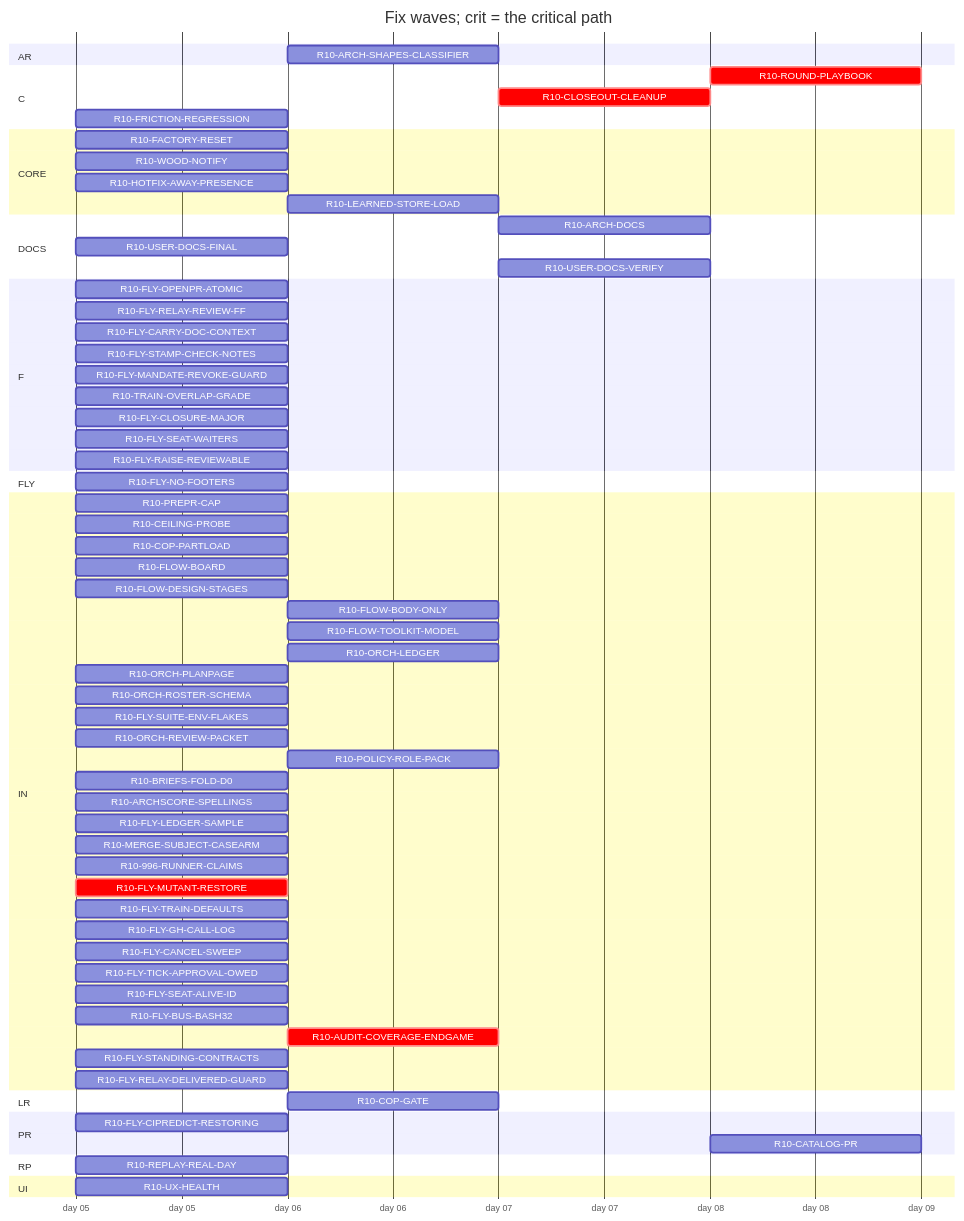
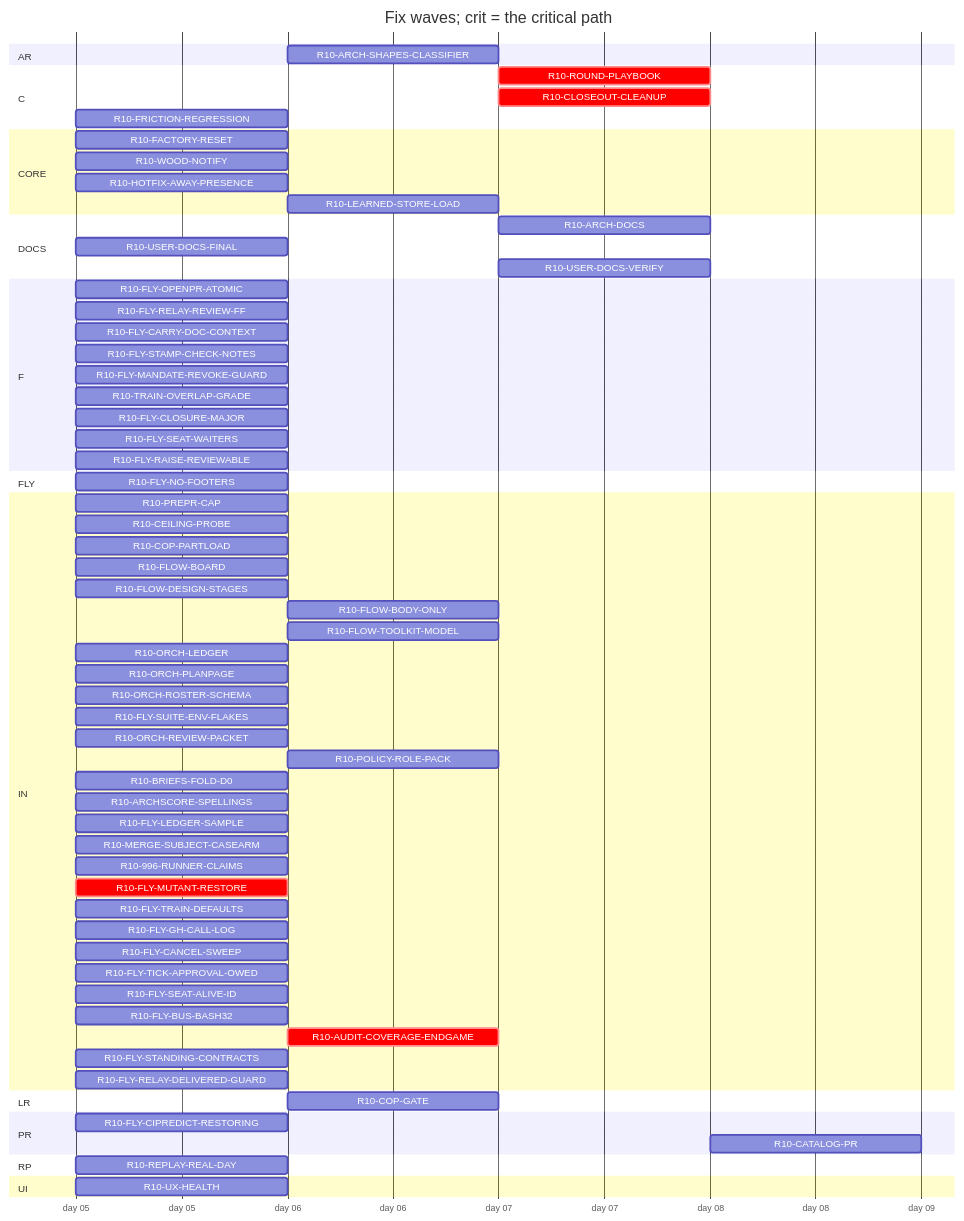
One commit to tvofi/heatpump_optimizer changed the diagram in handoff/round10/state/PLAN-TABLE.md. Above: the diagram before and after it, drawn with Mermaid. The commit also changed other lines of this file and 3 other files, not shown here.

Commit message:
state: FLOW-BOARD.md, NEXT-SESSION-PROMPT.md, PLAN-TABLE.md, RESUME-CURRENT.md regenerated (state_docs.py)

````diff
--- a/handoff/round10/state/PLAN-TABLE.md
+++ b/handoff/round10/state/PLAN-TABLE.md
@@ -24,71 +24,71 @@
 ```mermaid
 gantt
   title Fix waves; crit = the critical path
   dateFormat YYYY-MM-DD
   axisFormat day %d
   section AR
     R10-ARCH-SHAPES-CLASSIFIER :r10ARCHSHAPESCLASSIFIER, after r10996RUNNERCLAIMS, 1d
   section C
     R10-ROUND-PLAYBOOK :crit, r10ROUNDPLAYBOOK, after r10ORCHLEDGER r10ORCHPLANPAGE r10FLYRELAYREVIEWFF r10FLOWBODYONLY r10AUDITCOVERAGEENDGAME r10FLOWDESIGNSTAGES r10ORCHROSTERSCHEMA r10FLOWTOOLKITMODEL r10TRAINOVERLAPGRADE r10FLYTRAINDEFAULTS r10FLYCANCELSWEEP r10POLICYROLEPACK r10ORCHREVIEWPACKET r10FLOWBOARD r10CLOSEOUTCLEANUP, 1d
     R10-CLOSEOUT-CLEANUP :crit, r10CLOSEOUTCLEANUP, after r10AUDITCOVERAGEENDGAME, 1d
     R10-FRICTION-REGRESSION :r10FRICTIONREGRESSION, 2026-01-05, 1d
   section CORE
     R10-FACTORY-RESET :r10FACTORYRESET, 2026-01-05, 1d
     R10-WOOD-NOTIFY :r10WOODNOTIFY, 2026-01-05, 1d
     R10-HOTFIX-AWAY-PRESENCE :r10HOTFIXAWAYPRESENCE, 2026-01-05, 1d
     R10-LEARNED-STORE-LOAD :r10LEARNEDSTORELOAD, after r10FACTORYRESET, 1d
   section DOCS
     R10-ARCH-DOCS :r10ARCHDOCS, after r10COPGATE r10UXHEALTH r10CEILINGPROBE r10COPPARTLOAD r10FLOWBOARD r10FLOWDESIGNSTAGES r10FLOWBODYONLY r10FLYOPENPRATOMIC r10FLYRELAYREVIEWFF r10FLYCARRYDOCCONTEXT r10FLOWTOOLKITMODEL r10FLYSTAMPCHECKNOTES r10FLYMANDATEREVOKEGUARD r10TRAINOVERLAPGRADE r10FLYSUITEENVFLAKES r10ORCHLEDGER r10ORCHPLANPAGE r10ORCHROSTERSCHEMA r10ORCHREVIEWPACKET r10POLICYROLEPACK r10BRIEFSFOLDD0 r10REPLAYREALDAY r10ARCHSCORESPELLINGS r10FLYLEDGERSAMPLE, 1d
     R10-USER-DOCS-FINAL :r10USERDOCSFINAL, 2026-01-05, 1d
     R10-USER-DOCS-VERIFY :r10USERDOCSVERIFY, after r10COPGATE r10UXHEALTH r10CEILINGPROBE r10COPPARTLOAD r10FACTORYRESET r10WOODNOTIFY r10USERDOCSFINAL r10ARCHSHAPESCLASSIFIER r10HOTFIXAWAYPRESENCE, 1d
   section F
     R10-FLY-OPENPR-ATOMIC :r10FLYOPENPRATOMIC, 2026-01-05, 1d
     R10-FLY-RELAY-REVIEW-FF :r10FLYRELAYREVIEWFF, 2026-01-05, 1d
     R10-FLY-CARRY-DOC-CONTEXT :r10FLYCARRYDOCCONTEXT, 2026-01-05, 1d
     R10-FLY-STAMP-CHECK-NOTES :r10FLYSTAMPCHECKNOTES, 2026-01-05, 1d
     R10-FLY-MANDATE-REVOKE-GUARD :r10FLYMANDATEREVOKEGUARD, 2026-01-05, 1d
     R10-TRAIN-OVERLAP-GRADE :r10TRAINOVERLAPGRADE, 2026-01-05, 1d
     R10-FLY-CLOSURE-MAJOR :r10FLYCLOSUREMAJOR, 2026-01-05, 1d
     R10-FLY-SEAT-WAITERS :r10FLYSEATWAITERS, 2026-01-05, 1d
     R10-FLY-RAISE-REVIEWABLE :r10FLYRAISEREVIEWABLE, 2026-01-05, 1d
   section FLY
     R10-FLY-NO-FOOTERS :r10FLYNOFOOTERS, 2026-01-05, 1d
   section IN
     R10-PREPR-CAP :r10PREPRCAP, 2026-01-05, 1d
     R10-CEILING-PROBE :r10CEILINGPROBE, 2026-01-05, 1d
     R10-COP-PARTLOAD :r10COPPARTLOAD, 2026-01-05, 1d
     R10-FLOW-BOARD :r10FLOWBOARD, 2026-01-05, 1d
     R10-FLOW-DESIGN-STAGES :r10FLOWDESIGNSTAGES, 2026-01-05, 1d
     R10-FLOW-BODY-ONLY :r10FLOWBODYONLY, after r10FLYOPENPRATOMIC, 1d
     R10-FLOW-TOOLKIT-MODEL :r10FLOWTOOLKITMODEL, after r10ORCHPLANPAGE r10FLYCANCELSWEEP, 1d
-    R10-ORCH-LEDGER :r10ORCHLEDGER, after r10FLYCANCELSWEEP, 1d
+    R10-ORCH-LEDGER :r10ORCHLEDGER, 2026-01-05, 1d
     R10-ORCH-PLANPAGE :r10ORCHPLANPAGE, 2026-01-05, 1d
     R10-ORCH-ROSTER-SCHEMA :r10ORCHROSTERSCHEMA, 2026-01-05, 1d
     R10-FLY-SUITE-ENV-FLAKES :r10FLYSUITEENVFLAKES, 2026-01-05, 1d
     R10-ORCH-REVIEW-PACKET :r10ORCHREVIEWPACKET, 2026-01-05, 1d
     R10-POLICY-ROLE-PACK :r10POLICYROLEPACK, after r10FLOWDESIGNSTAGES, 1d
     R10-BRIEFS-FOLD-D0 :r10BRIEFSFOLDD0, 2026-01-05, 1d
     R10-ARCHSCORE-SPELLINGS :r10ARCHSCORESPELLINGS, 2026-01-05, 1d
     R10-FLY-LEDGER-SAMPLE :r10FLYLEDGERSAMPLE, 2026-01-05, 1d
     R10-MERGE-SUBJECT-CASEARM :r10MERGESUBJECTCASEARM, 2026-01-05, 1d
     R10-996-RUNNER-CLAIMS :r10996RUNNERCLAIMS, 2026-01-05, 1d
     R10-FLY-MUTANT-RESTORE :crit, r10FLYMUTANTRESTORE, 2026-01-05, 1d
     R10-FLY-TRAIN-DEFAULTS :r10FLYTRAINDEFAULTS, 2026-01-05, 1d
     R10-FLY-GH-CALL-LOG :r10FLYGHCALLLOG, 2026-01-05, 1d
     R10-FLY-CANCEL-SWEEP :r10FLYCANCELSWEEP, 2026-01-05, 1d
     R10-FLY-TICK-APPROVAL-OWED :r10FLYTICKAPPROVALOWED, 2026-01-05, 1d
     R10-FLY-SEAT-ALIVE-ID :r10FLYSEATALIVEID, 2026-01-05, 1d
     R10-FLY-BUS-BASH32 :r10FLYBUSBASH32, 2026-01-05, 1d
     R10-AUDIT-COVERAGE-ENDGAME :crit, r10AUDITCOVERAGEENDGAME, after r10FLYMUTANTRESTORE r10996RUNNERCLAIMS, 1d
     R10-FLY-STANDING-CONTRACTS :r10FLYSTANDINGCONTRACTS, 2026-01-05, 1d
     R10-FLY-RELAY-DELIVERED-GUARD :r10FLYRELAYDELIVEREDGUARD, 2026-01-05, 1d
   section LR
     R10-COP-GATE :r10COPGATE, after r10CEILINGPROBE, 1d
   section PR
     R10-FLY-CIPREDICT-RESTORING :r10FLYCIPREDICTRESTORING, 2026-01-05, 1d
     R10-CATALOG-PR :r10CATALOGPR, after r10USERDOCSVERIFY r10AUDITCOVERAGEENDGAME, 1d
   section RP
     R10-REPLAY-REAL-DAY :r10REPLAYREALDAY, 2026-01-05, 1d
   section UI
     R10-UX-HEALTH :r10UXHEALTH, 2026-01-05, 1d
 ```
````
